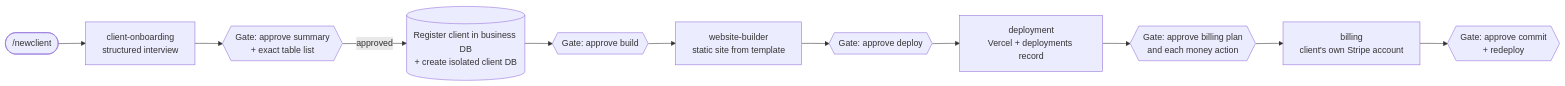
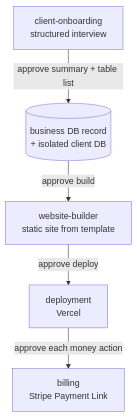
The diagram in README.md (omerik0/agency-system), drawn with Mermaid before and after one commit. The commit also changed other lines of this file and 1 other file, not shown here.

````diff
--- a/README.md
+++ b/README.md
@@ -11,13 +11,7 @@
 ```mermaid
-flowchart LR
-    A(["/newclient"]) --> B[client-onboarding<br/>structured interview]
-    B --> G1{{Gate: approve summary<br/>+ exact table list}}
-    G1 -->|approved| C[(Register client in business DB<br/>+ create isolated client DB)]
-    C --> G2{{Gate: approve build}}
-    G2 --> D[website-builder<br/>static site from template]
-    D --> G3{{Gate: approve deploy}}
-    G3 --> E[deployment<br/>Vercel + deployments record]
-    E --> G4{{Gate: approve billing plan<br/>and each money action}}
-    G4 --> F[billing<br/>client's own Stripe account]
-    F --> G5{{Gate: approve commit<br/>+ redeploy}}
+flowchart TD
+    A[client-onboarding<br/>structured interview] -->|approve summary + table list| B[(business DB record<br/>+ isolated client DB)]
+    B -->|approve build| C[website-builder<br/>static site from template]
+    C -->|approve deploy| D[deployment<br/>Vercel]
+    D -->|approve each money action| E[billing<br/>Stripe Payment Link]
 ```
````
